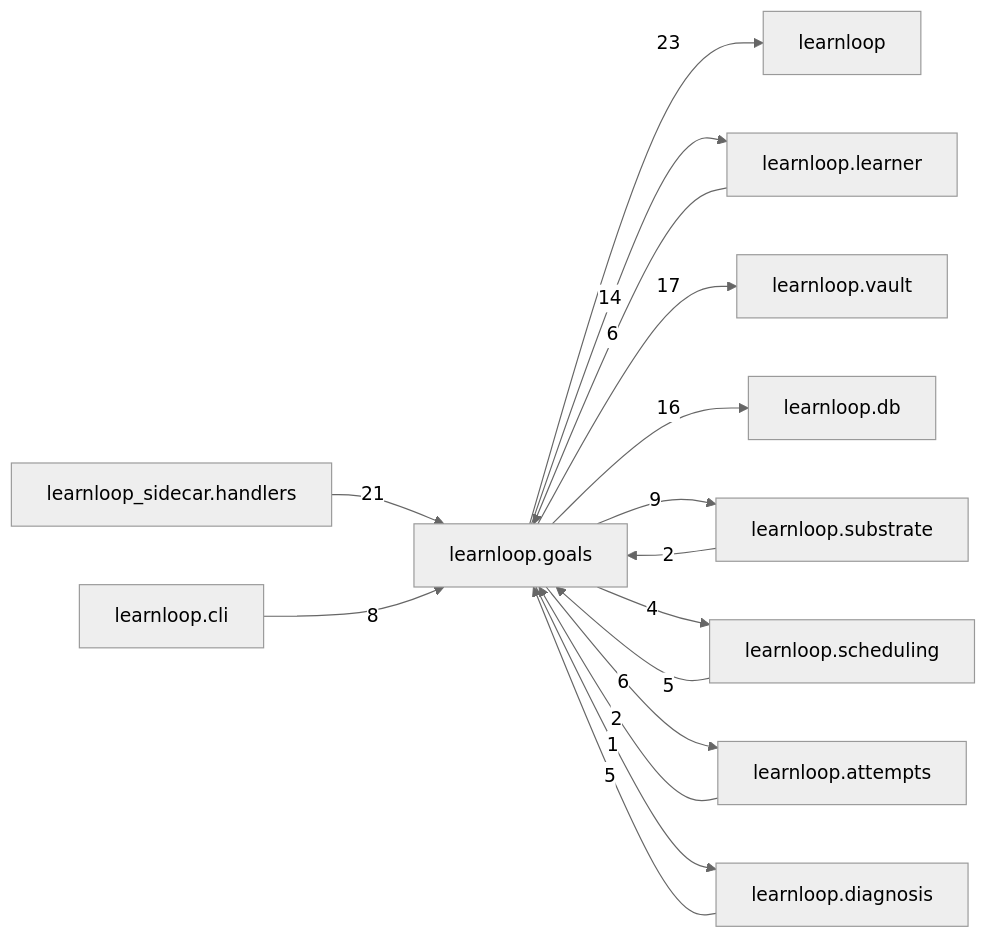
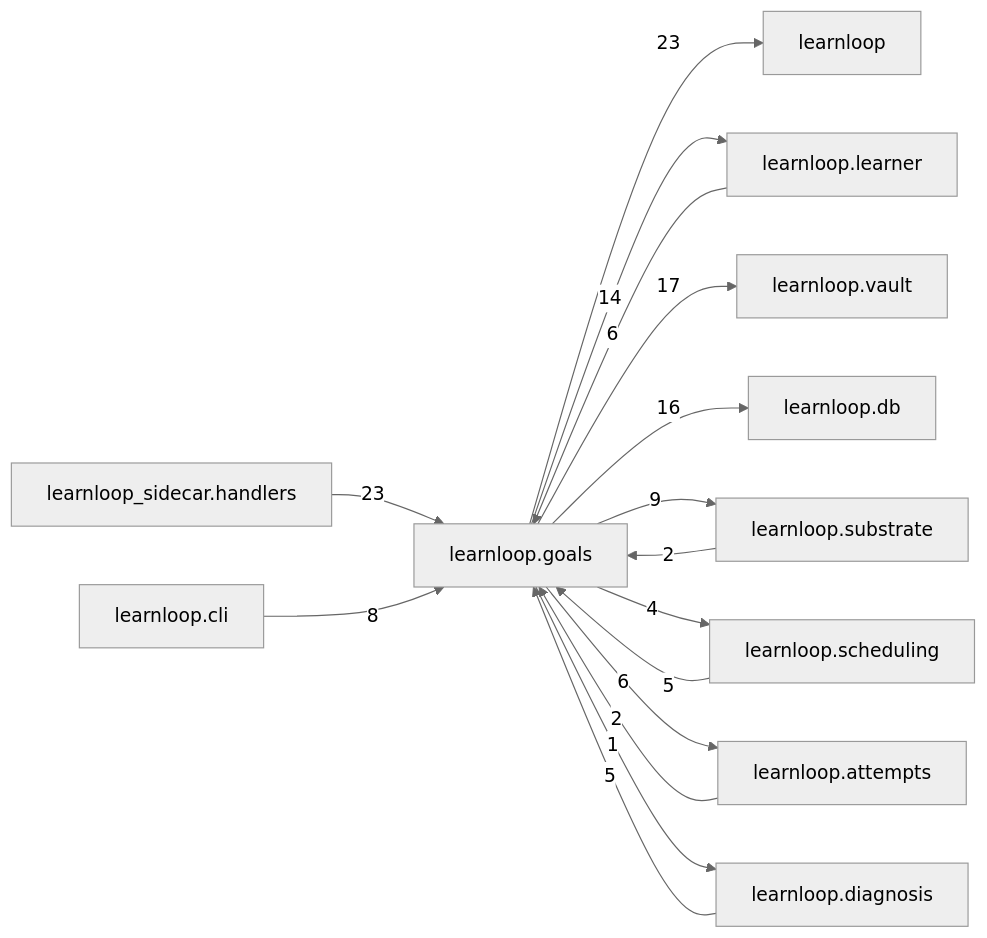
One commit to 6up-b/learnanything changed the diagram in docs/learnloop-architecture-vault/Reference/Modules/learnloop/goals/_package.md. Above: the diagram before and after it, drawn with Mermaid (neutral theme). The commit also changed other lines of this file and 56 other files, not shown here.

````diff
--- a/docs/learnloop-architecture-vault/Reference/Modules/learnloop/goals/_package.md
+++ b/docs/learnloop-architecture-vault/Reference/Modules/learnloop/goals/_package.md
@@ -128,29 +128,29 @@
 ```mermaid
 flowchart LR
     center["learnloop.goals"]
     n_learnloop["learnloop"]
     n_learnloop_sidecar_handlers["learnloop_sidecar.handlers"]
     n_learnloop_learner["learnloop.learner"]
     n_learnloop_vault["learnloop.vault"]
     n_learnloop_db["learnloop.db"]
     n_learnloop_substrate["learnloop.substrate"]
     n_learnloop_scheduling["learnloop.scheduling"]
     n_learnloop_attempts["learnloop.attempts"]
     n_learnloop_cli["learnloop.cli"]
     n_learnloop_diagnosis["learnloop.diagnosis"]
     center -->|23| n_learnloop
-    n_learnloop_sidecar_handlers -->|21| center
+    n_learnloop_sidecar_handlers -->|23| center
     n_learnloop_learner -->|6| center
     center -->|14| n_learnloop_learner
     center -->|17| n_learnloop_vault
     center -->|16| n_learnloop_db
     n_learnloop_substrate -->|2| center
     center -->|9| n_learnloop_substrate
     n_learnloop_scheduling -->|5| center
     center -->|4| n_learnloop_scheduling
     n_learnloop_attempts -->|2| center
     center -->|6| n_learnloop_attempts
     n_learnloop_cli -->|8| center
     n_learnloop_diagnosis -->|5| center
     center -->|1| n_learnloop_diagnosis
 ```
````
